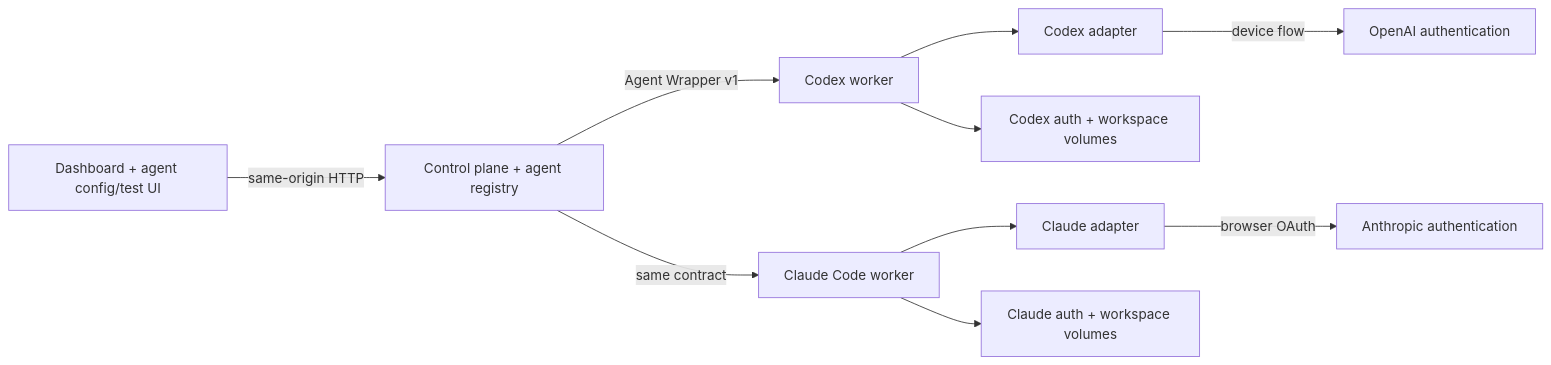
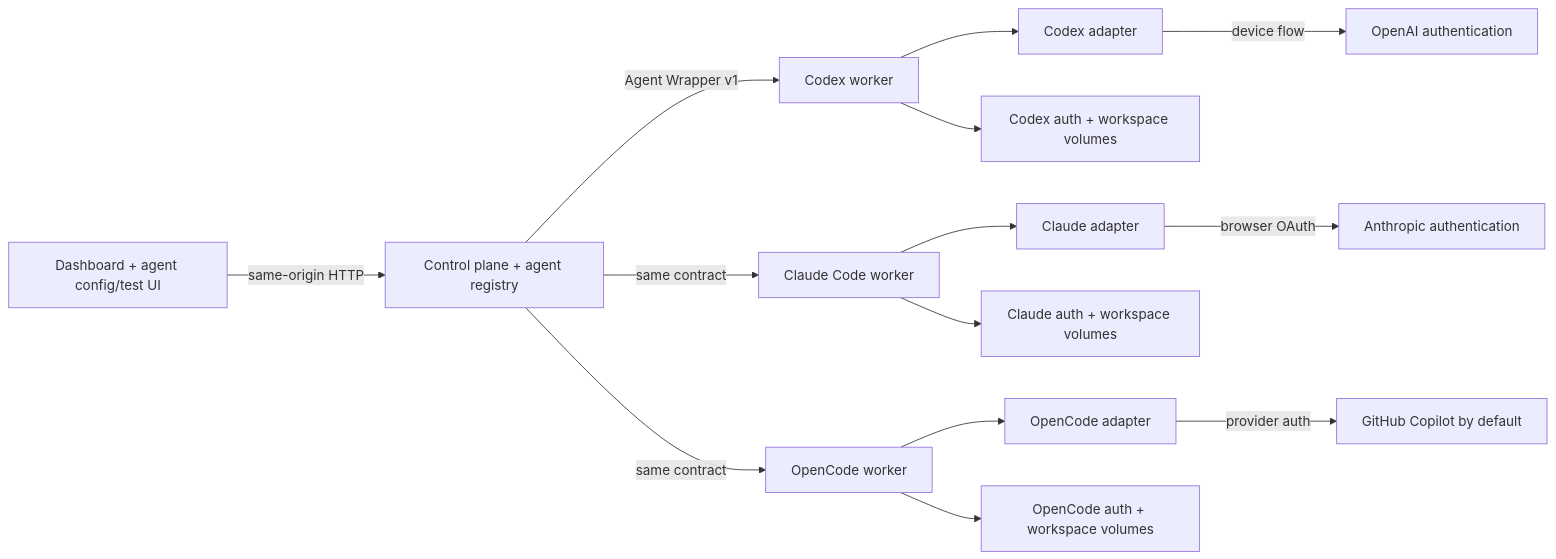
One commit to alext-avi/agent-dock changed the diagram in README.md. Above: the diagram before and after it, drawn with Mermaid. The commit also changed other lines of this file and 14 other files, not shown here.

Commit message:
Add OpenCode worker and live fleet updates

````diff
--- a/README.md
+++ b/README.md
@@ -29,12 +29,16 @@
 ```mermaid
 flowchart LR
   B["Dashboard + agent config/test UI"] -->|"same-origin HTTP"| C["Control plane + agent registry"]
   C -->|"Agent Wrapper v1"| W1["Codex worker"]
   C -->|"same contract"| W2["Claude Code worker"]
+  C -->|"same contract"| W3["OpenCode worker"]
   W1 --> A1["Codex adapter"]
   W2 --> A2["Claude adapter"]
+  W3 --> A3["OpenCode adapter"]
   A1 -->|"device flow"| O1["OpenAI authentication"]
   A2 -->|"browser OAuth"| O2["Anthropic authentication"]
+  A3 -->|"provider auth"| O3["GitHub Copilot by default"]
   W1 --> V1["Codex auth + workspace volumes"]
   W2 --> V2["Claude auth + workspace volumes"]
+  W3 --> V3["OpenCode auth + workspace volumes"]
 ```
````
